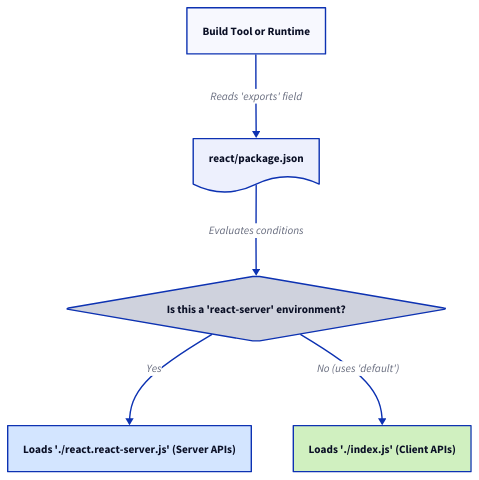
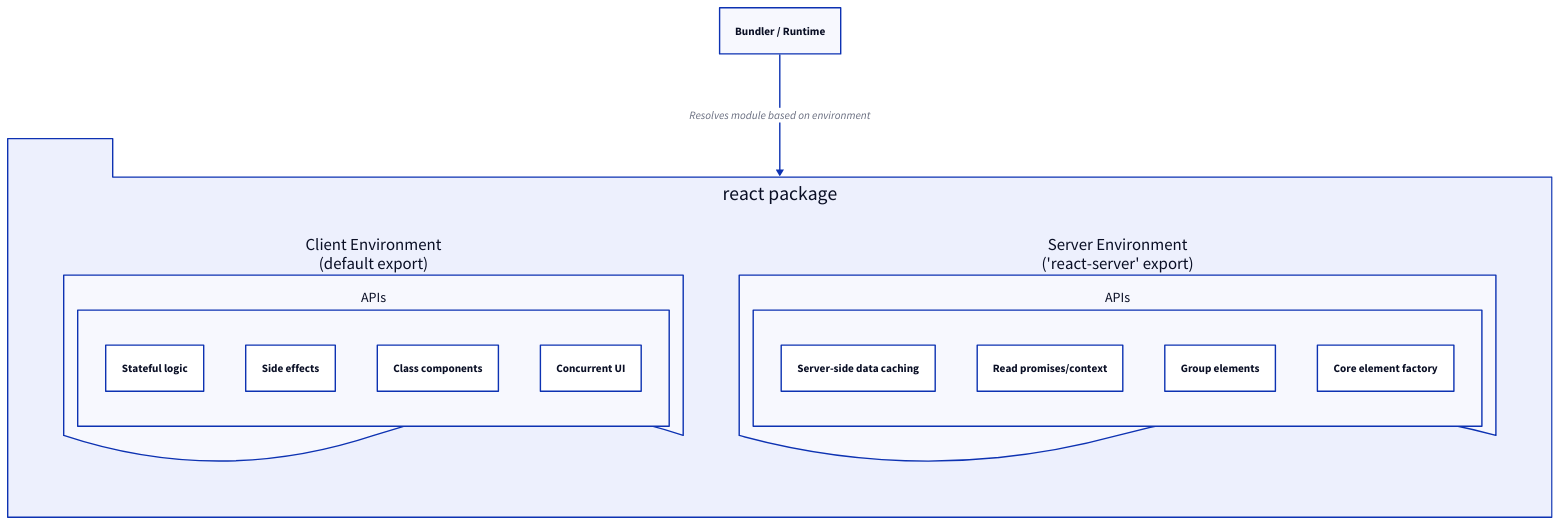
One commit to lban2049/react changed the diagram in packages/react/.aigne/doc-smith/docs/advanced-server-vs-client.md. Above: the diagram before and after it, drawn with D2. The commit also changed other lines of this file and 46 other files, not shown here.

````diff
--- a/packages/react/.aigne/doc-smith/docs/advanced-server-vs-client.md
+++ b/packages/react/.aigne/doc-smith/docs/advanced-server-vs-client.md
@@ -29,34 +30,37 @@
 ```d2
 direction: down
 
-Bundler: "Build Tool or Runtime"
-
-package_json: {
-  shape: document
-  label: "react/package.json"
+"Bundler / Runtime": {
+  shape: rectangle
 }
 
-condition_check: {
-  shape: diamond
-  label: "Is this a 'react-server' environment?"
-}
+"react package": {
+  shape: package
+  grid-columns: 2
+  grid-gap: 80
 
-server_entry: {
-  label: "Loads './react.react-server.js' (Server APIs)"
-  style: {
-    fill: "#d3e5ff"
+  "Client Entry (`index.js`)": {
+    label: "Client Environment\n(default export)"
+    shape: document
+    "APIs": {
+      "useState": "Stateful logic"
+      "useEffect": "Side effects"
+      "Component": "Class components"
+      "startTransition": "Concurrent UI"
+    }
+  }
+
+  "Server Entry (`react.react-server.js`)": {
+    label: "Server Environment\n('react-server' export)"
+    shape: document
+    "APIs": {
+      "cache": "Server-side data caching"
+      "use": "Read promises/context"
+      "Fragment": "Group elements"
+      "createElement": "Core element factory"
+    }
   }
 }
 
-client_entry: {
-  label: "Loads './index.js' (Client APIs)"
-  style: {
-    fill: "#d0f0c0"
-  }
-}
-
-Bundler -> package_json: "Reads 'exports' field"
-package_json -> condition_check: "Evaluates conditions"
-condition_check -> server_entry: "Yes"
-condition_check -> client_entry: "No (uses 'default')"
+"Bundler / Runtime" -> "react package": "Resolves module based on environment"
 ```
````
